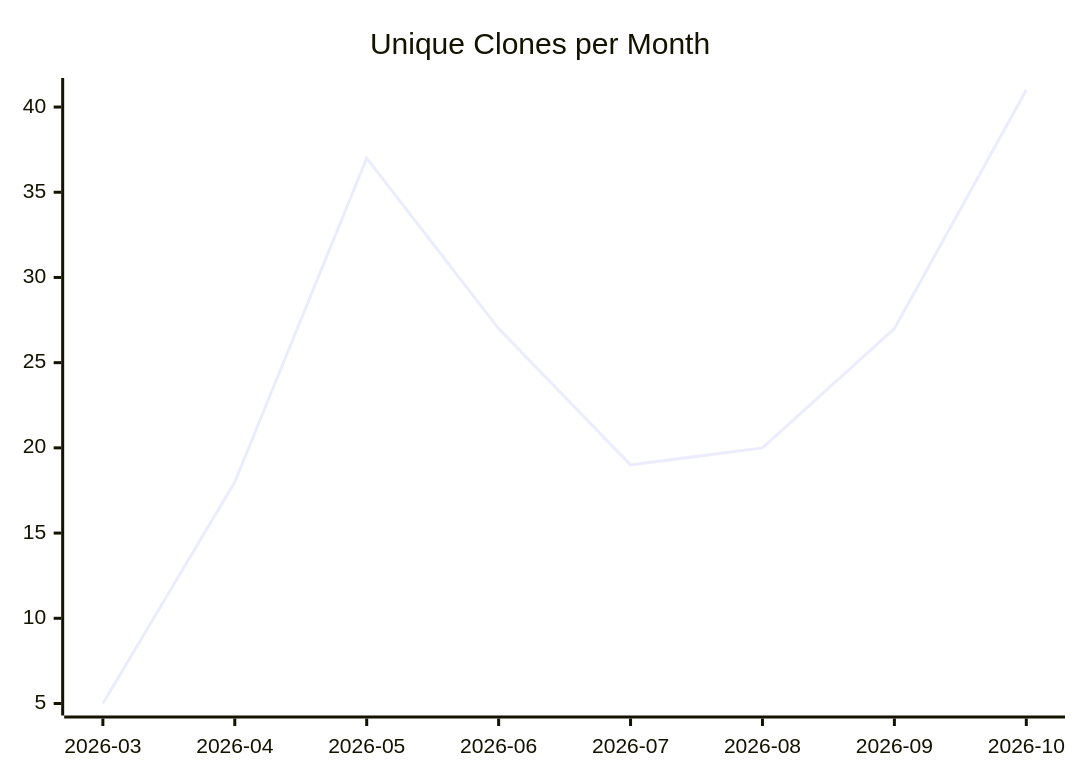
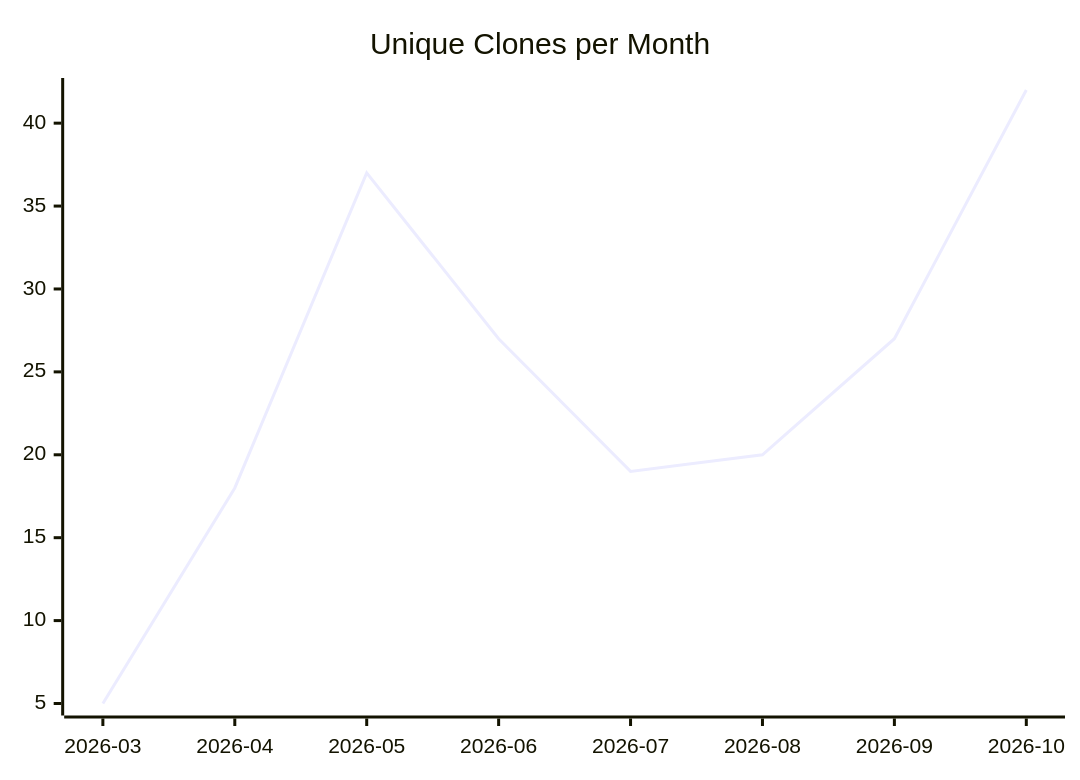
The third of 3 diagrams in karlmdavis/obsidian-operator/README.md (justdavis-family/github-analytics-data), drawn with Mermaid before and after one commit. The commit also changed other lines of this file and 199 other files, not shown here.

````diff
--- a/karlmdavis/obsidian-operator/README.md
+++ b/karlmdavis/obsidian-operator/README.md
@@ -19,6 +19,6 @@
 ```mermaid
 xychart-beta
   title "Unique Clones per Month"
   x-axis ["2026-03", "2026-04", "2026-05", "2026-06", "2026-07", "2026-08", "2026-09", "2026-10"]
-  line [5, 18, 37, 27, 19, 20, 27, 41]
+  line [5, 18, 37, 27, 19, 20, 27, 42]
 ```
````
